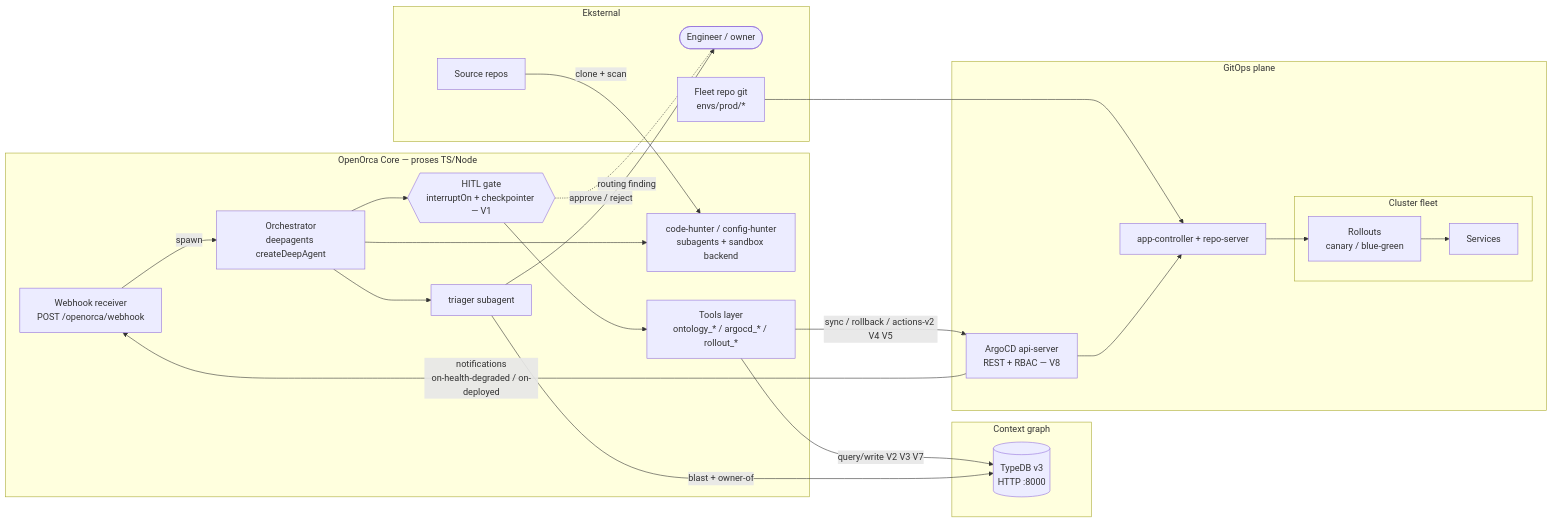
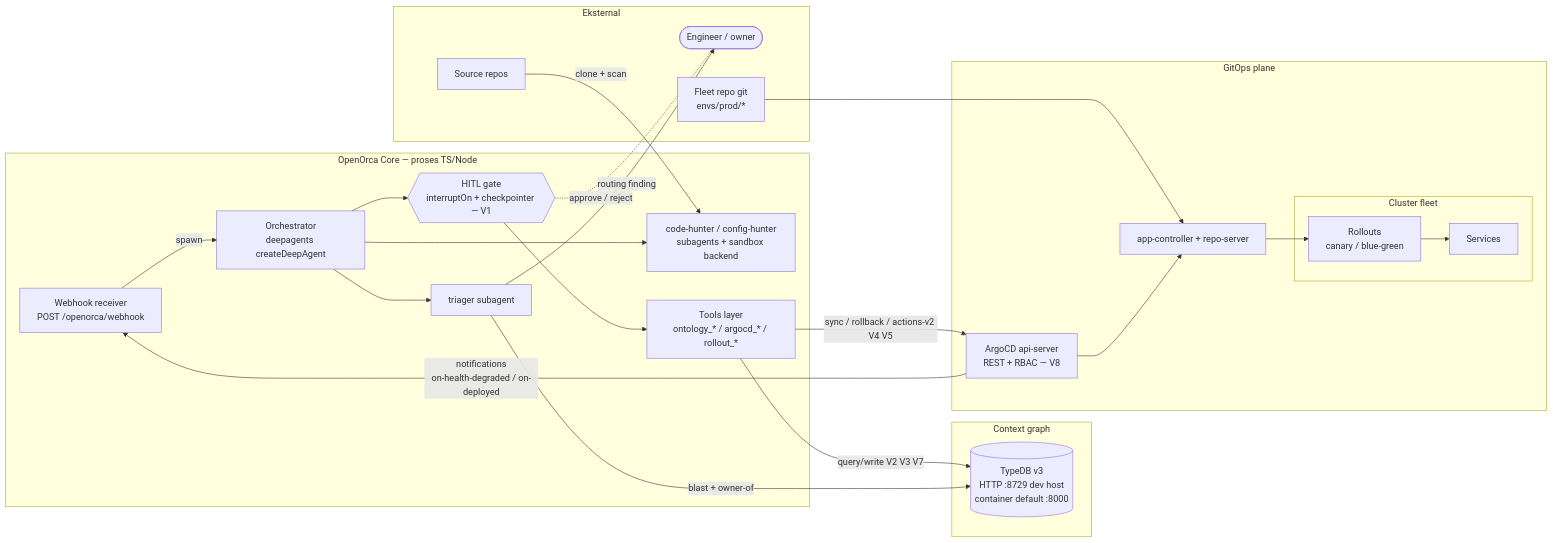
One commit to daemon-blockint-tech/OpenOrca changed the first of 3 diagrams in ARCHITECTURE.md. Above: the diagram before and after it, drawn with Mermaid. The commit also changed 7 other files, not shown here.

First line of the commit message:
T2: schema.tql live in db `openorca`; refactor agent-action entity→abstract relation; CIS hardening; fix 5 bugs

````diff
--- a/ARCHITECTURE.md
+++ b/ARCHITECTURE.md
@@ -7,43 +7,43 @@
 ```mermaid
 flowchart LR
     subgraph ext[Eksternal]
         SRC[Source repos]
         ENG([Engineer / owner])
         FLEET[Fleet repo git<br/>envs/prod/*]
     end
 
     subgraph core[OpenOrca Core — proses TS/Node]
         WH[Webhook receiver<br/>POST /openorca/webhook]
         ORCH[Orchestrator<br/>deepagents createDeepAgent]
         HUNT[code-hunter / config-hunter<br/>subagents + sandbox backend]
         TRI[triager subagent]
         HITL{{HITL gate<br/>interruptOn + checkpointer — V1}}
         TOOLS[Tools layer<br/>ontology_* / argocd_* / rollout_*]
     end
 
     subgraph graphdb[Context graph]
-        TDB[(TypeDB v3<br/>HTTP :8000)]
+        TDB[(TypeDB v3<br/>HTTP :8729 dev host<br/>container default :8000)]
     end
 
     subgraph gitops[GitOps plane]
         API[ArgoCD api-server<br/>REST + RBAC — V8]
         CTRL[app-controller + repo-server]
         subgraph clusters[Cluster fleet]
             RO[Rollouts<br/>canary / blue-green]
             SVCS[Services]
         end
     end
 
     SRC -- clone + scan --> HUNT
     FLEET --> CTRL
     API --> CTRL --> RO --> SVCS
     API -- notifications<br/>on-health-degraded / on-deployed --> WH
     WH -- spawn --> ORCH
     ORCH --> HUNT & TRI
     ORCH --> HITL --> TOOLS
     TOOLS -- query/write V2 V3 V7 --> TDB
     TOOLS -- sync / rollback / actions-v2 V4 V5 --> API
     HITL -. approve / reject .- ENG
     TRI -- blast + owner-of --> TDB
     TRI -- routing finding --> ENG
 ```
````
